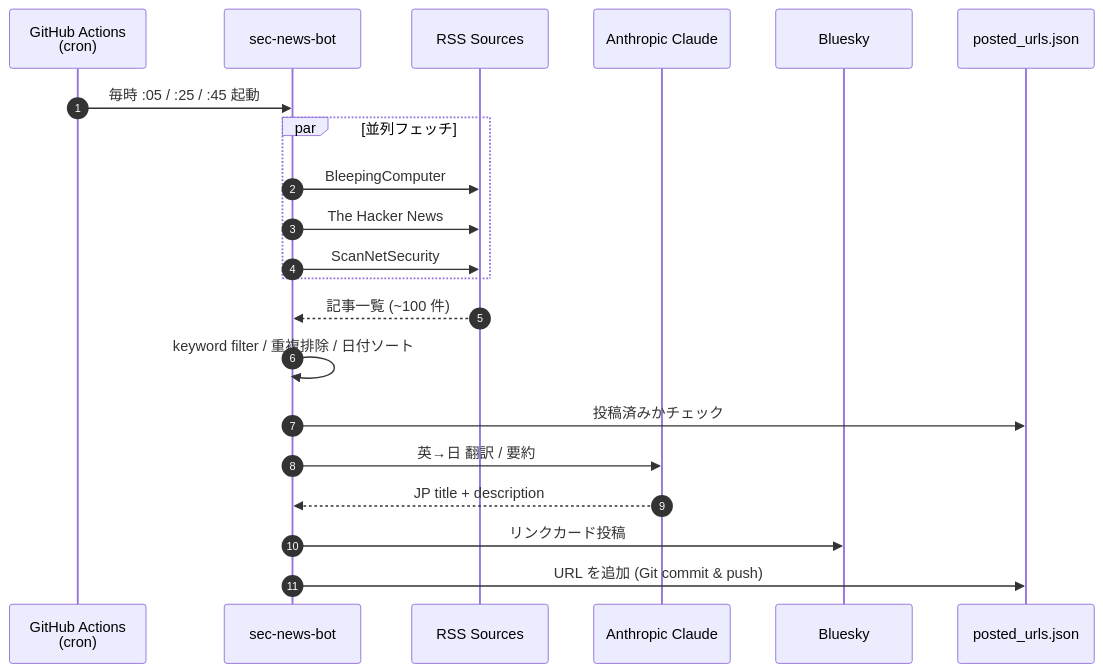
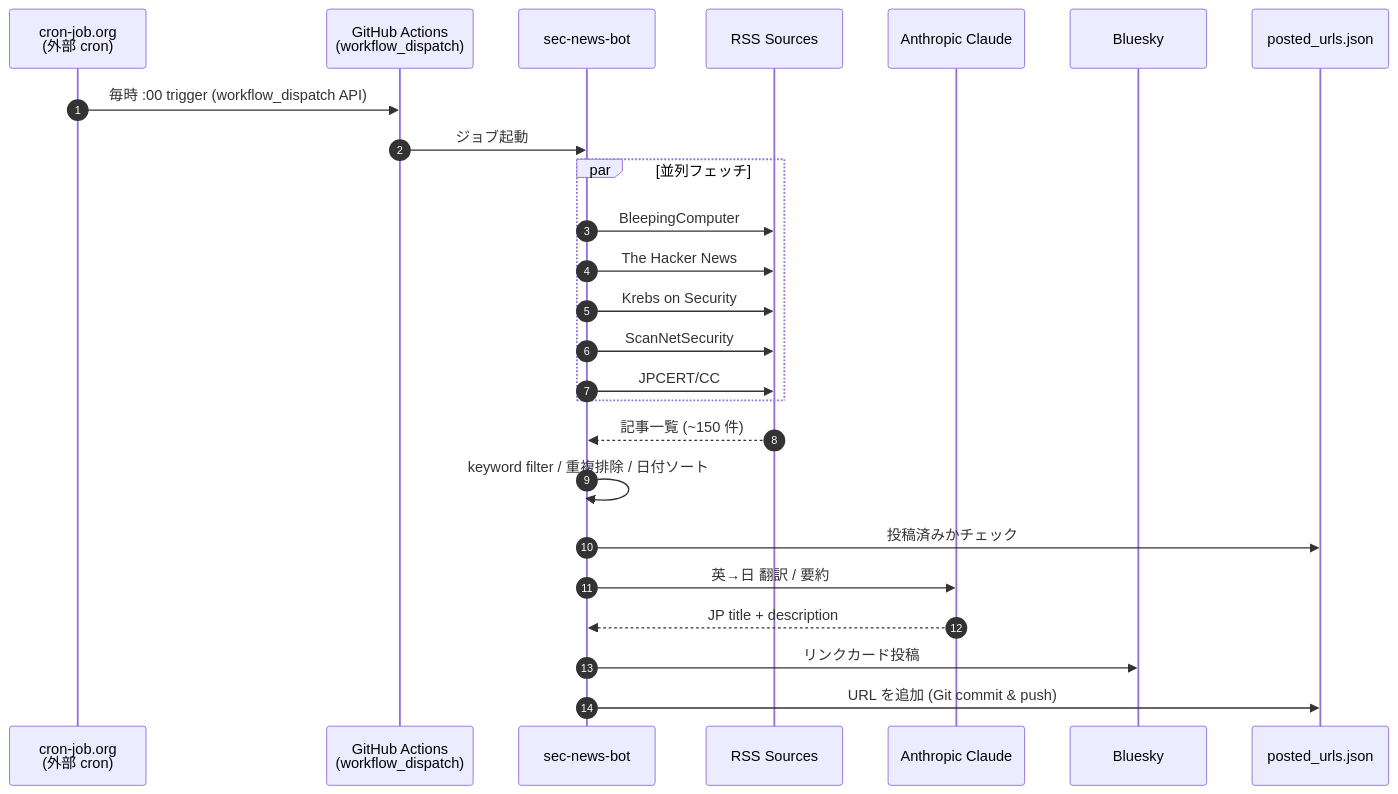
The diagram in README.md (httttmm/sec-news-bot), drawn with Mermaid before and after one commit. The commit also changed other lines of this file, not shown here.

Commit message:
docs: align README with cron-job.org migration and 1 post per run
- Update intro to reflect external cron (cron-job.org) -> GitHub Actions
  workflow_dispatch trigger flow
- Update sequence diagram to show cron-job.org and GitHub Actions as
  separate participants, hourly :00 trigger, and 5 RSS sources
- Update file tree comment for post-articles.yml
- Update 工夫した点 to describe external cron strategy

````diff
--- a/README.md
+++ b/README.md
@@ -79,24 +79,28 @@
 ```mermaid
 sequenceDiagram
     autonumber
-    participant Cron as GitHub Actions<br/>(cron)
+    participant Cron as cron-job.org<br/>(外部 cron)
+    participant GHA as GitHub Actions<br/>(workflow_dispatch)
     participant Bot as sec-news-bot
     participant Feeds as RSS Sources
     participant Claude as Anthropic Claude
     participant Bsky as Bluesky
     participant Store as posted_urls.json
 
-    Cron->>Bot: 毎時 :05 / :25 / :45 起動
+    Cron->>GHA: 毎時 :00 trigger (workflow_dispatch API)
+    GHA->>Bot: ジョブ起動
     par 並列フェッチ
         Bot->>Feeds: BleepingComputer
         Bot->>Feeds: The Hacker News
+        Bot->>Feeds: Krebs on Security
         Bot->>Feeds: ScanNetSecurity
+        Bot->>Feeds: JPCERT/CC
     end
-    Feeds-->>Bot: 記事一覧 (~100 件)
+    Feeds-->>Bot: 記事一覧 (~150 件)
     Bot->>Bot: keyword filter / 重複排除 / 日付ソート
     Bot->>Store: 投稿済みかチェック
     Bot->>Claude: 英→日 翻訳 / 要約
     Claude-->>Bot: JP title + description
     Bot->>Bsky: リンクカード投稿
     Bot->>Store: URL を追加 (Git commit & push)
 ```
````
